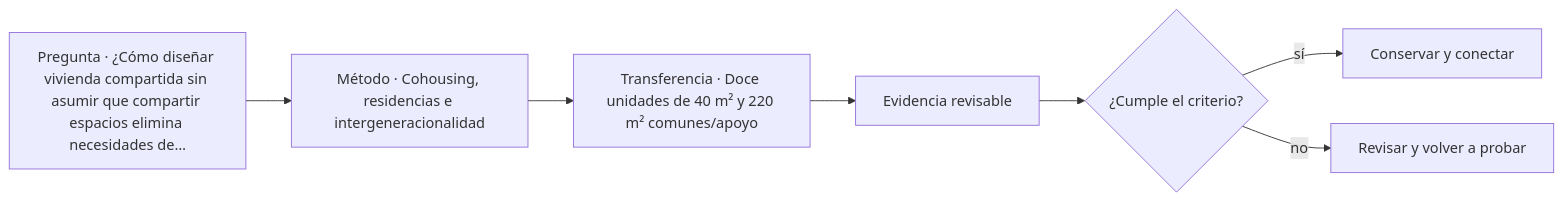
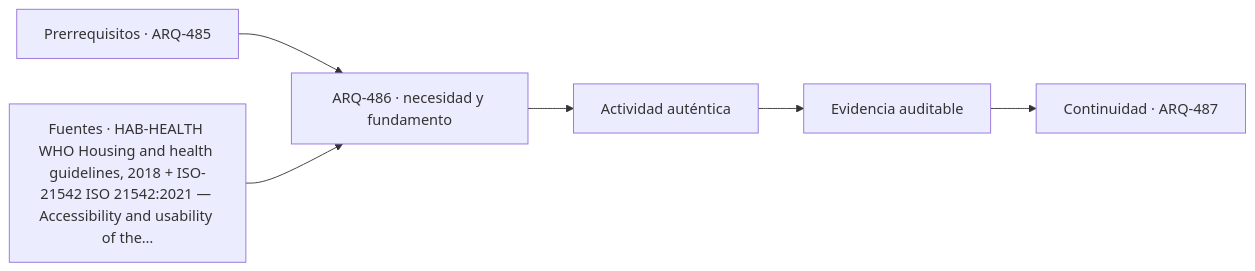
The diagram in classes/parte-49/ARQ-486.md (vladimiracunadev-create/architecture-built-environment-learning-program), drawn with Mermaid before and after one commit. The commit also changed other lines of this file and 761 other files, not shown here.

````diff
--- a/classes/parte-49/ARQ-486.md
+++ b/classes/parte-49/ARQ-486.md
@@ -89,9 +101,8 @@
 ```mermaid
 flowchart LR
-    Q["Pregunta · ¿Cómo diseñar vivienda compartida sin asumir que compartir espacios elimina necesidades de…"] --> M["Método · Cohousing, residencias e intergeneracionalidad"]
-    M --> P["Transferencia · Doce unidades de 40 m² y 220 m² comunes/apoyo"]
-    P --> E["Evidencia revisable"]
-    E --> C{"¿Cumple el criterio?"}
-    C -->|sí| T["Conservar y conectar"]
-    C -->|no| R["Revisar y volver a probar"]
+    A["Prerrequisitos · ARQ-485"] --> B["ARQ-486 · necesidad y fundamento"]
+    S["Fuentes · HAB-HEALTH WHO Housing and health guidelines, 2018 + ISO-21542 ISO 21542:2021 — Accessibility and usability of the…"] --> B
+    B --> C["Actividad auténtica"]
+    C --> D["Evidencia auditable"]
+    D --> E["Continuidad · ARQ-487"]
 ```
````
